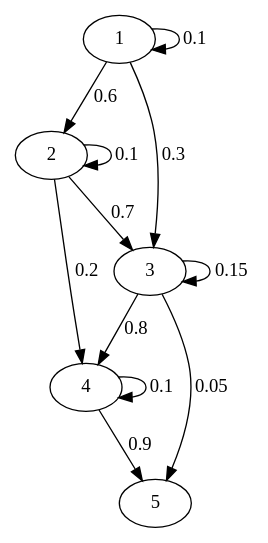
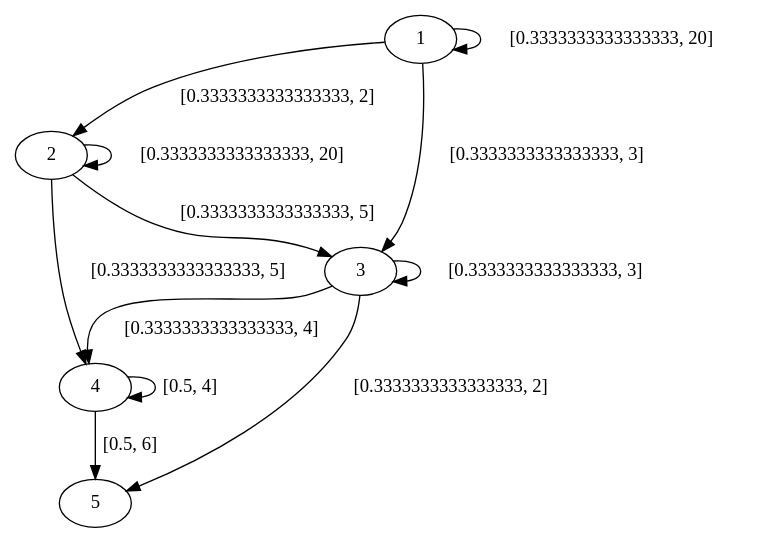
The diagram in graph.dot (GRazafyCourses/shortest_path_project), drawn with Graphviz before and after one commit. The commit also changed 3 other files, not shown here.

```diff
--- a/graph.dot
+++ b/graph.dot
@@ -1,35 +1,35 @@
 digraph "" {
 	1 -> 1	[key=0,
-		label=0.1,
-		weight=0.1];
+		label="[0.3333333333333333, 20]",
+		weight=20];
 	1 -> 2	[key=0,
-		label=0.6,
-		weight=0.6];
+		label="[0.3333333333333333, 2]",
+		weight=2];
 	1 -> 3	[key=0,
-		label=0.3,
-		weight=0.3];
+		label="[0.3333333333333333, 3]",
+		weight=3];
 	2 -> 2	[key=0,
-		label=0.1,
-		weight=0.1];
+		label="[0.3333333333333333, 20]",
+		weight=20];
 	2 -> 3	[key=0,
-		label=0.7,
-		weight=0.7];
+		label="[0.3333333333333333, 5]",
+		weight=5];
 	2 -> 4	[key=0,
-		label=0.2,
-		weight=0.2];
+		label="[0.3333333333333333, 5]",
+		weight=5];
 	3 -> 3	[key=0,
-		label=0.15,
-		weight=0.15];
+		label="[0.3333333333333333, 3]",
+		weight=3];
 	3 -> 4	[key=0,
-		label=0.8,
-		weight=0.8];
+		label="[0.3333333333333333, 4]",
+		weight=4];
 	3 -> 5	[key=0,
-		label=0.05,
-		weight=0.05];
+		label="[0.3333333333333333, 2]",
+		weight=2];
 	4 -> 4	[key=0,
-		label=0.1,
-		weight=0.1];
+		label="[0.5, 4]",
+		weight=4];
 	4 -> 5	[key=0,
-		label=0.9,
-		weight=0.9];
+		label="[0.5, 6]",
+		weight=6];
 }
```
